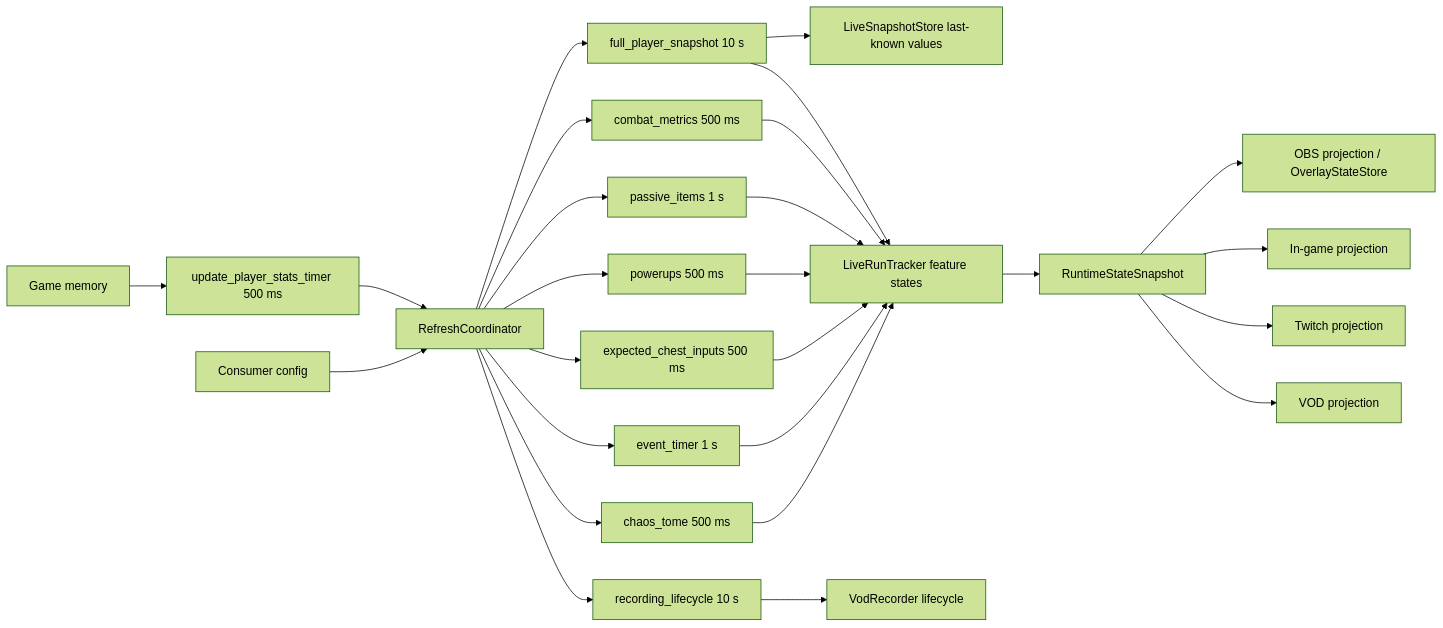
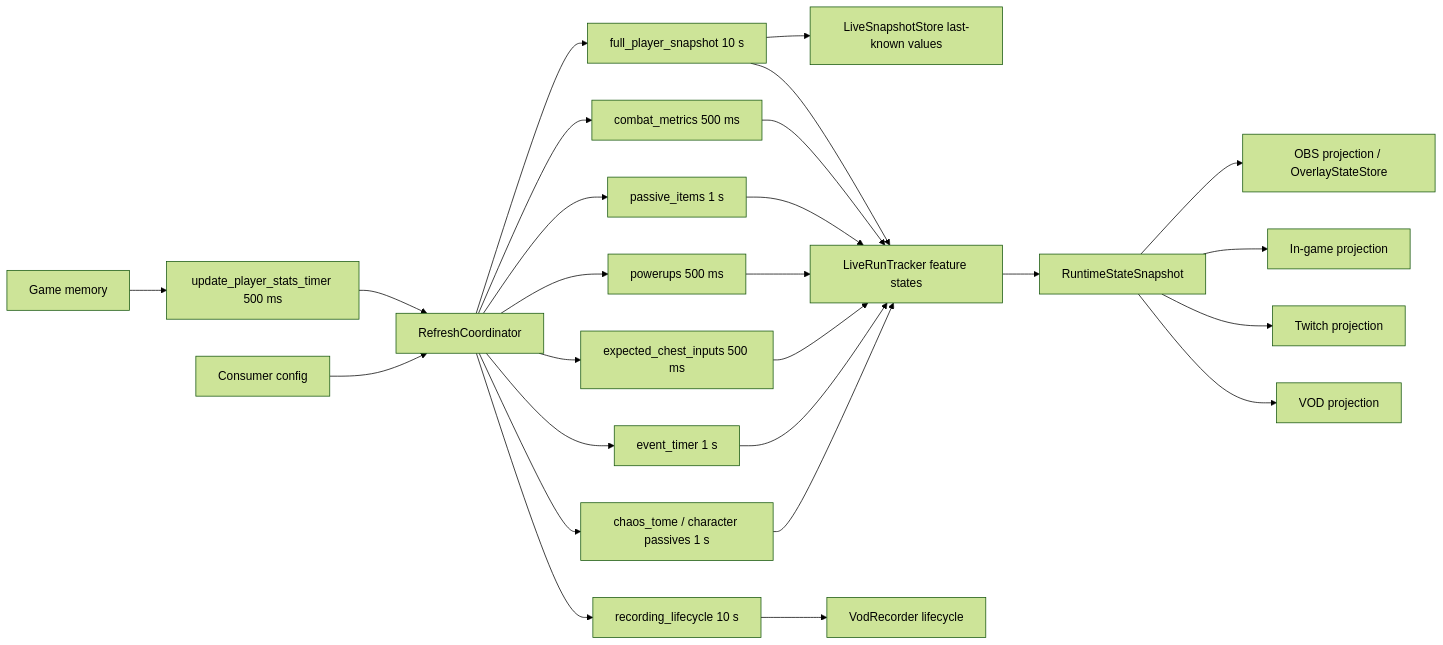
One commit to ALuiell/BonkScanner changed the first of 2 diagrams in docs/design/app/data_flow_architecture.md. Above: the diagram before and after it, drawn with Mermaid (forest theme). The commit also changed other lines of this file and 2 other files, not shown here.

Commit message:
Reduce Dice and Chaos refresh cadence

````diff
--- a/docs/design/app/data_flow_architecture.md
+++ b/docs/design/app/data_flow_architecture.md
@@ -8,28 +8,28 @@
 ```mermaid
 flowchart LR
     Memory[Game memory] --> Driver[update_player_stats_timer 500 ms]
     Driver --> Coordinator[RefreshCoordinator]
     Config[Consumer config] --> Coordinator
     Coordinator --> Lifecycle[recording_lifecycle 10 s]
     Coordinator --> Slow[full_player_snapshot 10 s]
     Coordinator --> Combat[combat_metrics 500 ms]
     Coordinator --> Passive[passive_items 1 s]
     Coordinator --> Powerups[powerups 500 ms]
     Coordinator --> Chests[expected_chest_inputs 500 ms]
     Coordinator --> Event[event_timer 1 s]
-    Coordinator --> Chaos[chaos_tome 500 ms]
+    Coordinator --> Chaos[chaos_tome / character passives 1 s]
     Slow --> Store[LiveSnapshotStore last-known values]
     Slow --> Tracker[LiveRunTracker feature states]
     Combat --> Tracker
     Passive --> Tracker
     Powerups --> Tracker
     Chests --> Tracker
     Event --> Tracker
     Chaos --> Tracker
     Lifecycle --> Recorder[VodRecorder lifecycle]
     Tracker --> Snapshot[RuntimeStateSnapshot]
     Snapshot --> OBS[OBS projection / OverlayStateStore]
     Snapshot --> InGame[In-game projection]
     Snapshot --> Twitch[Twitch projection]
     Snapshot --> VOD[VOD projection]
 ```
````
